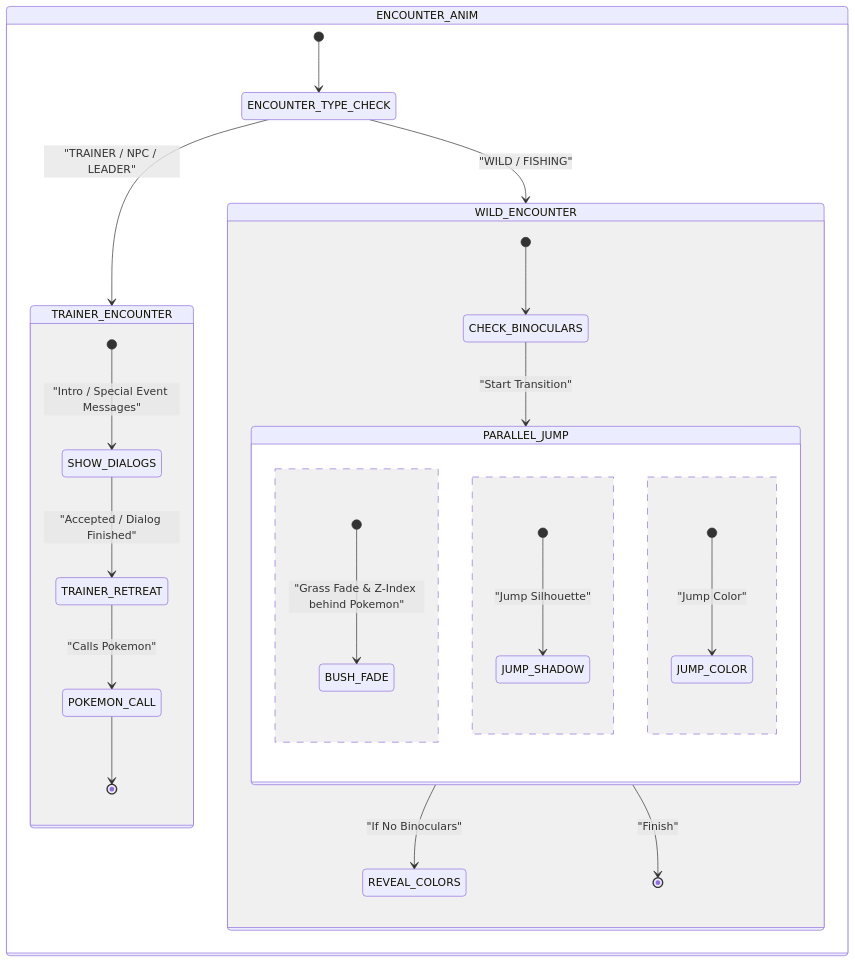
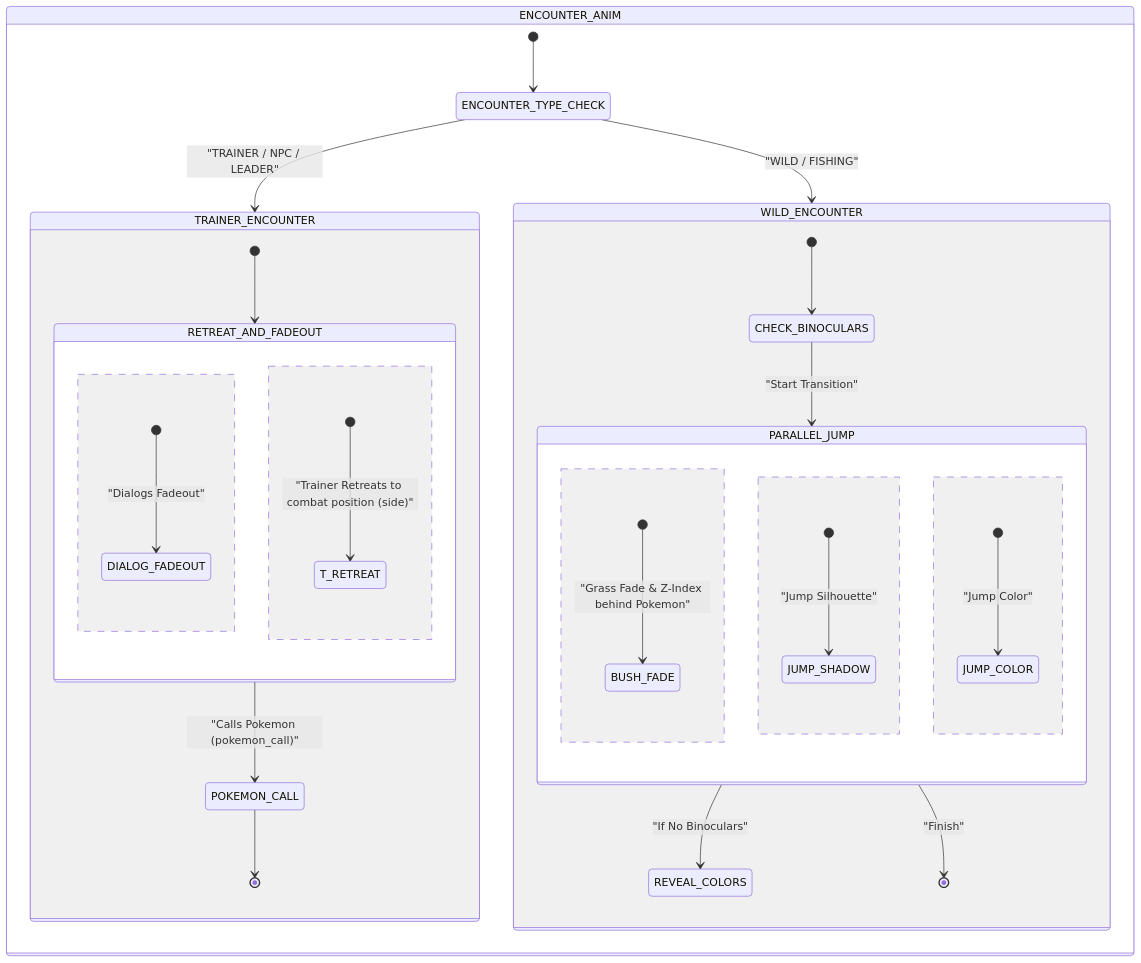
Before and after one commit to Darkham77/PokeBorrador: diagram 17 of 18 in .agents/skills/project-standards/references/battle/battle_mechanics_manual.md, drawn with Mermaid. The commit also changed other lines of this file and 3049 other files, not shown here.

````diff
--- a/.agents/skills/project-standards/references/battle/battle_mechanics_manual.md
+++ b/.agents/skills/project-standards/references/battle/battle_mechanics_manual.md
@@ -855,35 +883,39 @@
 ```mermaid
 stateDiagram-v2
     state ENCOUNTER_ANIM {
         [*] --> ENCOUNTER_TYPE_CHECK
         state ENCOUNTER_TYPE_CHECK <<choice>>
-        
+
         ENCOUNTER_TYPE_CHECK --> TRAINER_ENCOUNTER: "TRAINER / NPC / LEADER"
         ENCOUNTER_TYPE_CHECK --> WILD_ENCOUNTER: "WILD / FISHING"
 
         state TRAINER_ENCOUNTER {
-            [*] --> SHOW_DIALOGS: "Intro / Special Event Messages"
-            SHOW_DIALOGS --> TRAINER_RETREAT: "Accepted / Dialog Finished"
-            TRAINER_RETREAT --> POKEMON_CALL: "Calls Pokemon"
+            [*] --> RETREAT_AND_FADEOUT
+            state RETREAT_AND_FADEOUT {
+                [*] --> DIALOG_FADEOUT: "Dialogs Fadeout"
+                --
+                [*] --> T_RETREAT: "Trainer Retreats to combat position (side)"
+            }
+            RETREAT_AND_FADEOUT --> POKEMON_CALL: "Calls Pokemon (pokemon_call)"
             POKEMON_CALL --> [*]
         }
 
         state WILD_ENCOUNTER {
             [*] --> CHECK_BINOCULARS
             state CHECK_BINOCULARS <<choice>>
-            
+
             CHECK_BINOCULARS --> PARALLEL_JUMP: "Start Transition"
 
             state PARALLEL_JUMP {
                 [*] --> BUSH_FADE: "Grass Fade & Z-Index behind Pokemon"
                 --
                 [*] --> JUMP_SHADOW: "Jump Silhouette"
                 --
                 [*] --> JUMP_COLOR: "Jump Color"
             }
-            
+
             PARALLEL_JUMP --> REVEAL_COLORS: "If No Binoculars"
             PARALLEL_JUMP --> [*]: "Finish"
         }
     }
 ```
````
